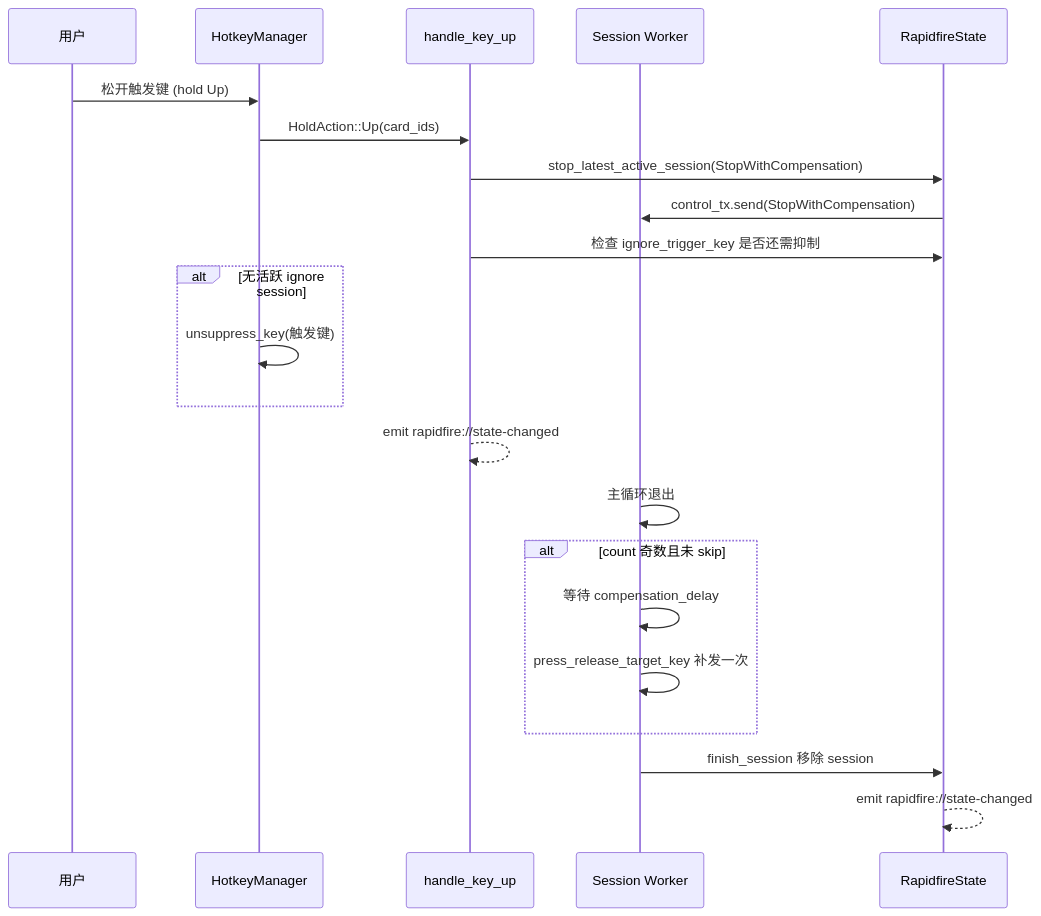
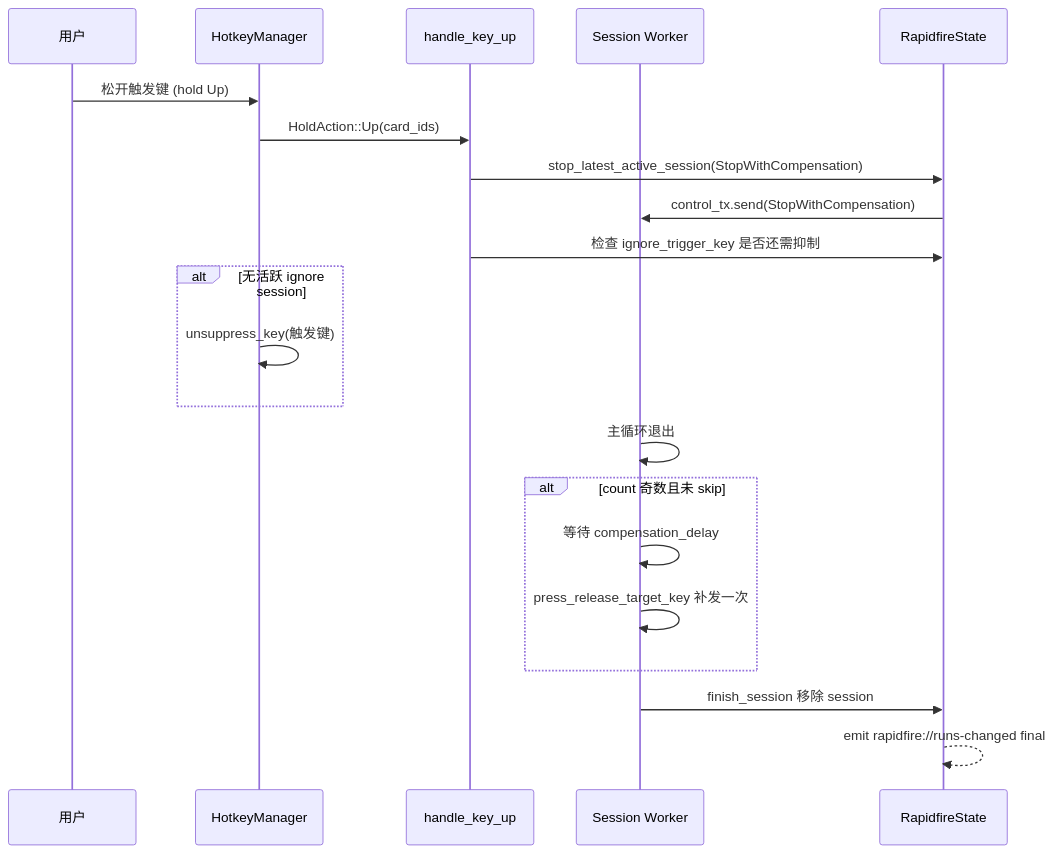
One commit to IZRINO/delta-auto-tools changed the second of 2 diagrams in droid-wiki/features/rapidfire.md. Above: the diagram before and after it, drawn with Mermaid. The commit also changed other lines of this file and 37 other files, not shown here.

````diff
--- a/droid-wiki/features/rapidfire.md
+++ b/droid-wiki/features/rapidfire.md
@@ -93,25 +97,24 @@
 ```mermaid
 sequenceDiagram
     participant U as 用户
     participant HM as HotkeyManager
     participant HK as handle_key_up
     participant S as Session Worker
     participant ST as RapidfireState
 
     U->>HM: 松开触发键 (hold Up)
     HM->>HK: HoldAction::Up(card_ids)
     HK->>ST: stop_latest_active_session(StopWithCompensation)
     ST->>S: control_tx.send(StopWithCompensation)
     HK->>ST: 检查 ignore_trigger_key 是否还需抑制
     alt 无活跃 ignore session
         HM->>HM: unsuppress_key(触发键)
     end
-    HK-->>HK: emit rapidfire://state-changed
     S->>S: 主循环退出
     alt count 奇数且未 skip
         S->>S: 等待 compensation_delay
         S->>S: press_release_target_key 补发一次
     end
     S->>ST: finish_session 移除 session
-    ST-->>ST: emit rapidfire://state-changed
+    ST-->>ST: emit rapidfire://runs-changed final
 ```
````
